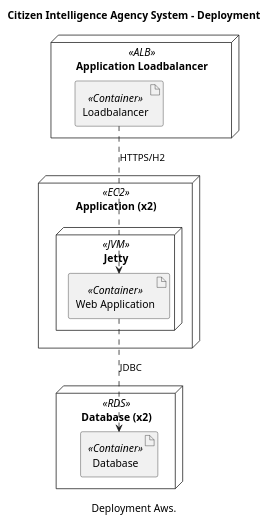
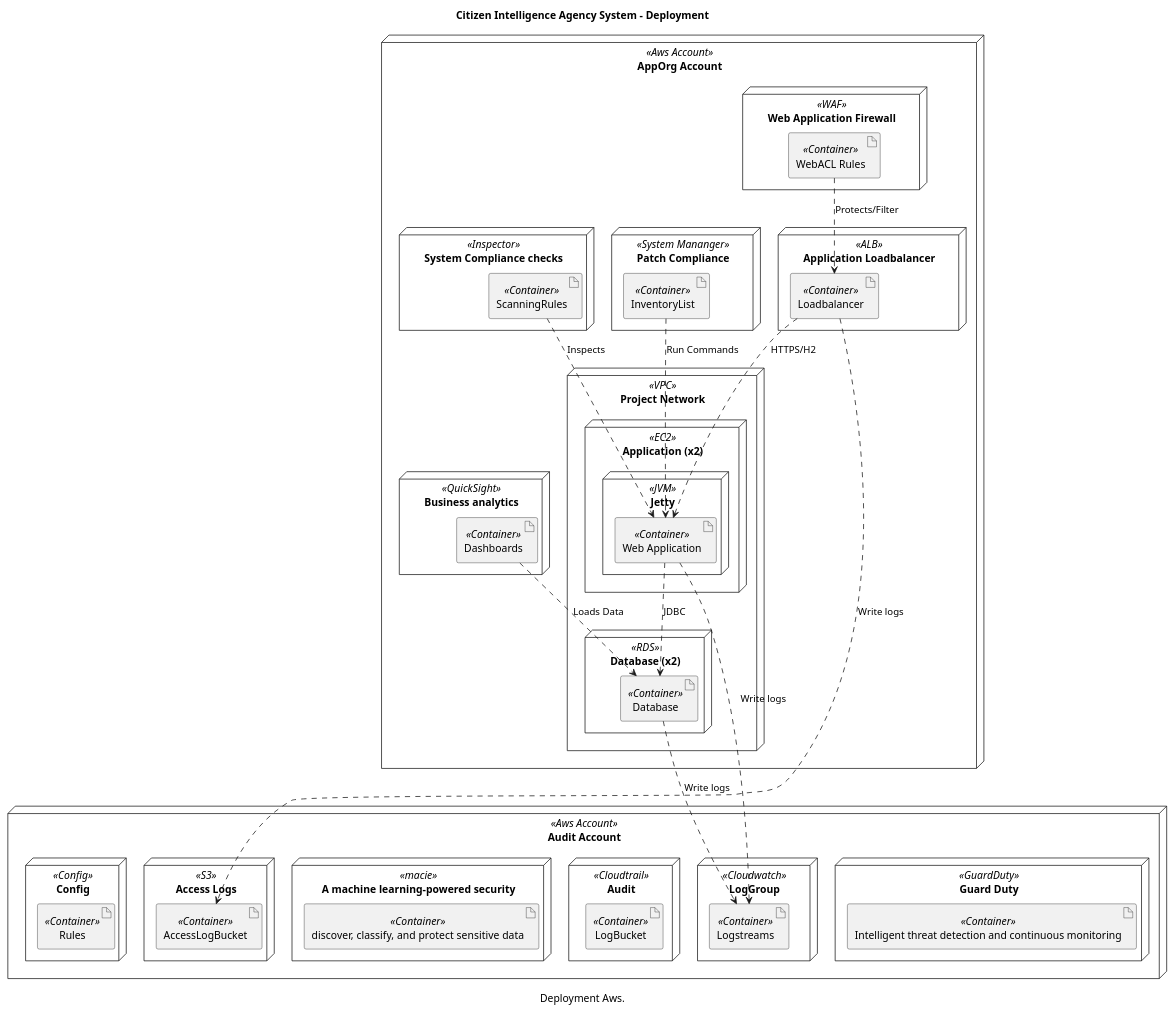
The diagram in architecture/Citizen-Intelligence-Agency-System-System-Deployment.pu (sjvs/cia), drawn with PlantUML before and after one commit. The commit also changed 947 other files, not shown here.

```diff
--- a/architecture/Citizen-Intelligence-Agency-System-System-Deployment.pu
+++ b/architecture/Citizen-Intelligence-Agency-System-System-Deployment.pu
@@ -1,17 +1,60 @@
 @startuml
 title Citizen Intelligence Agency System - Deployment
 caption Deployment Aws.
-node "Application (x2)" <<EC2>> as 117 {
-  node "Jetty" <<JVM>> as 118 {
-    artifact "Web Application" <<Container>> as 119
+node "AppOrg Account" <<Aws Account>> as 113 {
+  node "Patch Compliance" <<System Mananger>> as 127 {
+    artifact "InventoryList" <<Container>> as 129
+  }
+  node "System Compliance checks" <<Inspector>> as 123 {
+    artifact "ScanningRules" <<Container>> as 125
+  }
+  node "Project Network" <<VPC>> as 114 {
+    node "Database (x2)" <<RDS>> as 166 {
+      artifact "Database" <<Container>> as 167
+    }
+    node "Application (x2)" <<EC2>> as 158 {
+      node "Jetty" <<JVM>> as 159 {
+        artifact "Web Application" <<Container>> as 160
+      }
+    }
+  }
+  node "Application Loadbalancer" <<ALB>> as 153 {
+    artifact "Loadbalancer" <<Container>> as 154
+  }
+  node "Web Application Firewall" <<WAF>> as 115 {
+    artifact "WebACL Rules" <<Container>> as 117
+  }
+  node "Business analytics" <<QuickSight>> as 131 {
+    artifact "Dashboards" <<Container>> as 133
   }
 }
-node "Application Loadbalancer" <<ALB>> as 114 {
-  artifact "Loadbalancer" <<Container>> as 115
+node "Audit Account" <<Aws Account>> as 119 {
+  node "Guard Duty" <<GuardDuty>> as 135 {
+    artifact "Intelligent threat detection and continuous monitoring" <<Container>> as 137
+  }
+  node "LogGroup" <<Cloudwatch>> as 141 {
+    artifact "Logstreams" <<Container>> as 143
+  }
+  node "Audit" <<Cloudtrail>> as 146 {
+    artifact "LogBucket" <<Container>> as 148
+  }
+  node "A machine learning-powered security" <<macie>> as 138 {
+    artifact "discover, classify, and protect sensitive data" <<Container>> as 140
+  }
+  node "Access Logs" <<S3>> as 149 {
+    artifact "AccessLogBucket" <<Container>> as 151
+  }
+  node "Config" <<Config>> as 120 {
+    artifact "Rules" <<Container>> as 122
+  }
 }
-node "Database (x2)" <<RDS>> as 122 {
-  artifact "Database" <<Container>> as 123
-}
-115 ..> 119 : HTTPS/H2
-119 ..> 123 : JDBC
+160 ..> 143 : Write logs
+125 ..> 160 : Inspects
+154 ..> 160 : HTTPS/H2
+167 ..> 143 : Write logs
+129 ..> 160 : Run Commands
+133 ..> 167 : Loads Data
+117 ..> 154 : Protects/Filter
+154 ..> 151 : Write logs
+160 ..> 167 : JDBC
 @enduml
```
